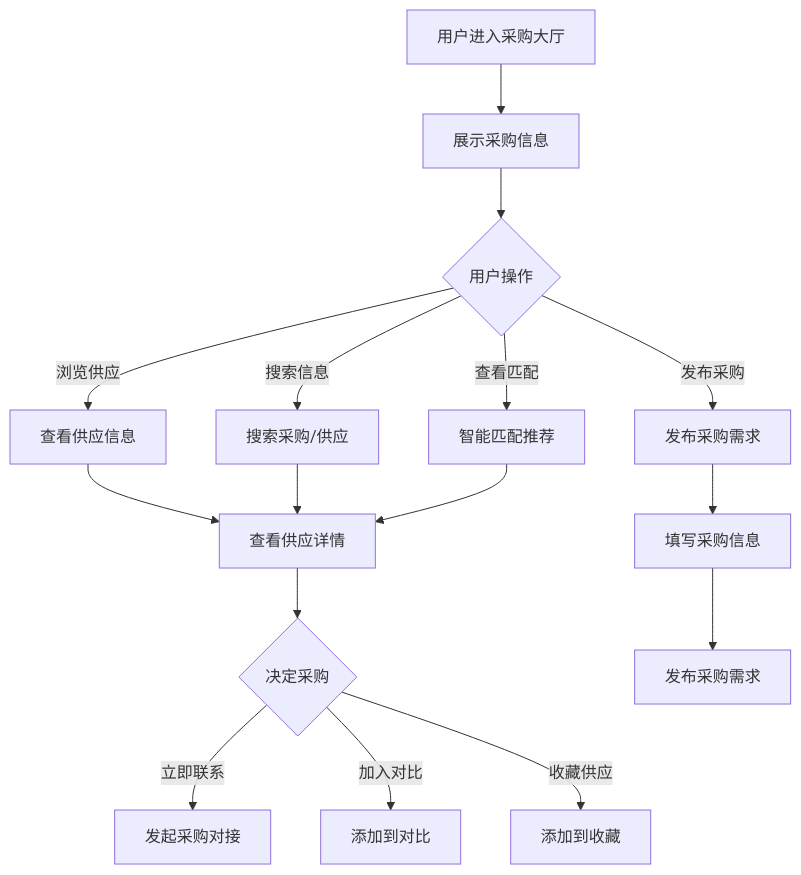
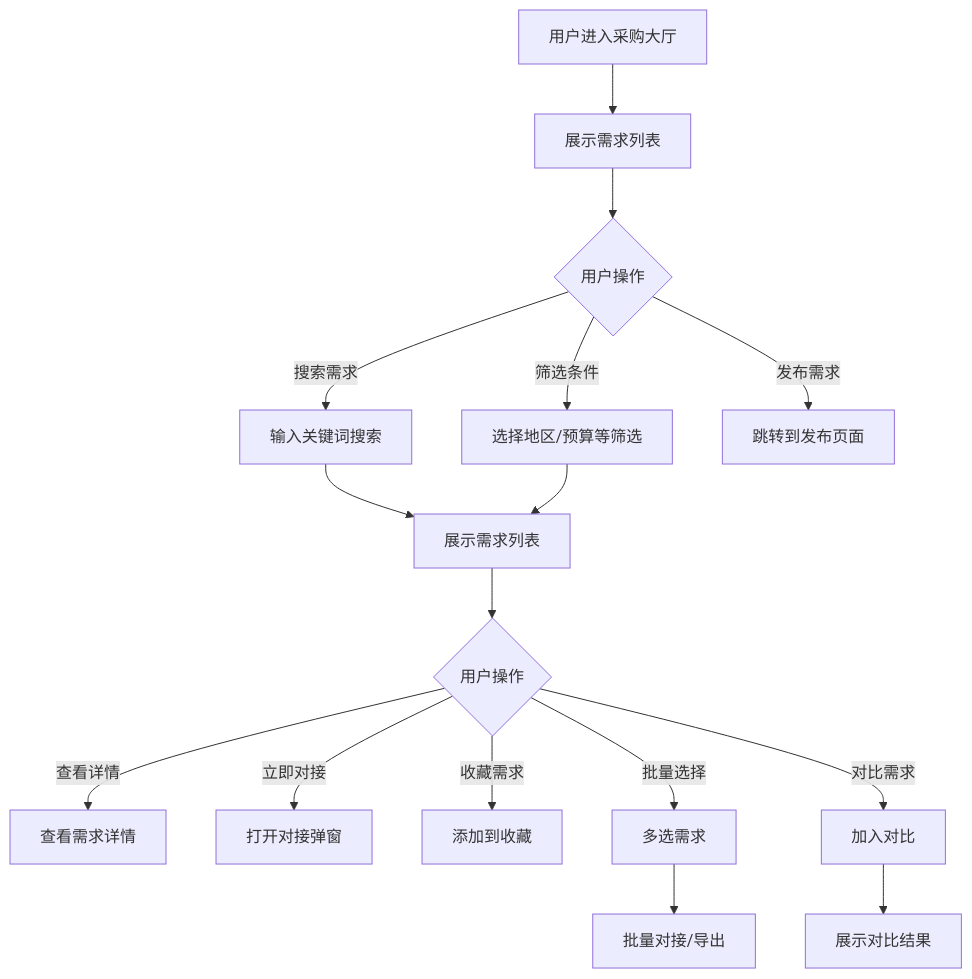
Before and after one commit to 573746624-hash/JZT------20260310: the diagram in docs/产业管理/采购大厅.md, drawn with Mermaid. The commit also changed other lines of this file and 25 other files, not shown here.

````diff
--- a/docs/产业管理/采购大厅.md
+++ b/docs/产业管理/采购大厅.md
@@ -9,18 +8,18 @@
 ```mermaid
 flowchart TD
-    A[用户进入采购大厅] --> B[展示采购信息]
+    A[用户进入采购大厅] --> B[展示需求列表]
     B --> C{用户操作}
-    C -->|浏览供应| D[查看供应信息]
-    C -->|发布采购| E[发布采购需求]
-    C -->|搜索信息| F[搜索采购/供应]
-    C -->|查看匹配| G[智能匹配推荐]
-    D --> H[查看供应详情]
-    F --> H
-    G --> H
-    H --> I{决定采购}
-    I -->|立即联系| J[发起采购对接]
-    I -->|加入对比| K[添加到对比]
-    I -->|收藏供应| L[添加到收藏]
-    E --> M[填写采购信息]
-    M --> N[发布采购需求]
+    C -->|搜索需求| D[输入关键词搜索]
+    C -->|筛选条件| E[选择地区/预算等筛选]
+    C -->|发布需求| F[跳转到发布页面]
+    D --> G[展示需求列表]
+    E --> G
+    G --> H{用户操作}
+    H -->|查看详情| I[查看需求详情]
+    H -->|立即对接| J[打开对接弹窗]
+    H -->|收藏需求| K[添加到收藏]
+    H -->|批量选择| L[多选需求]
+    L --> M[批量对接/导出]
+    H -->|对比需求| N[加入对比]
+    N --> O[展示对比结果]
 ```
````
